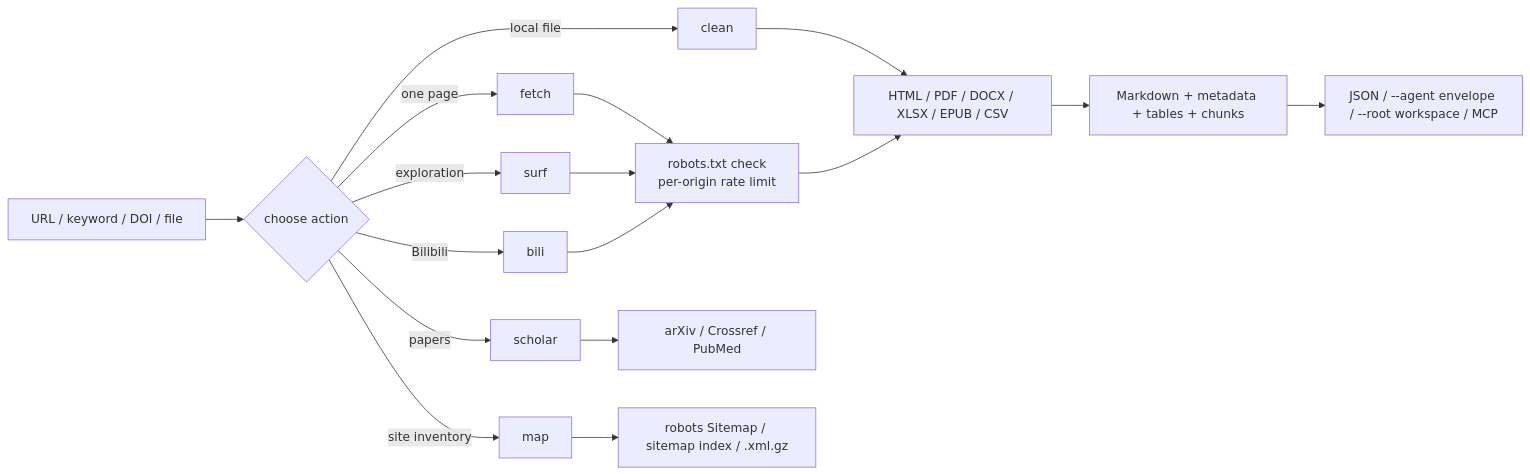
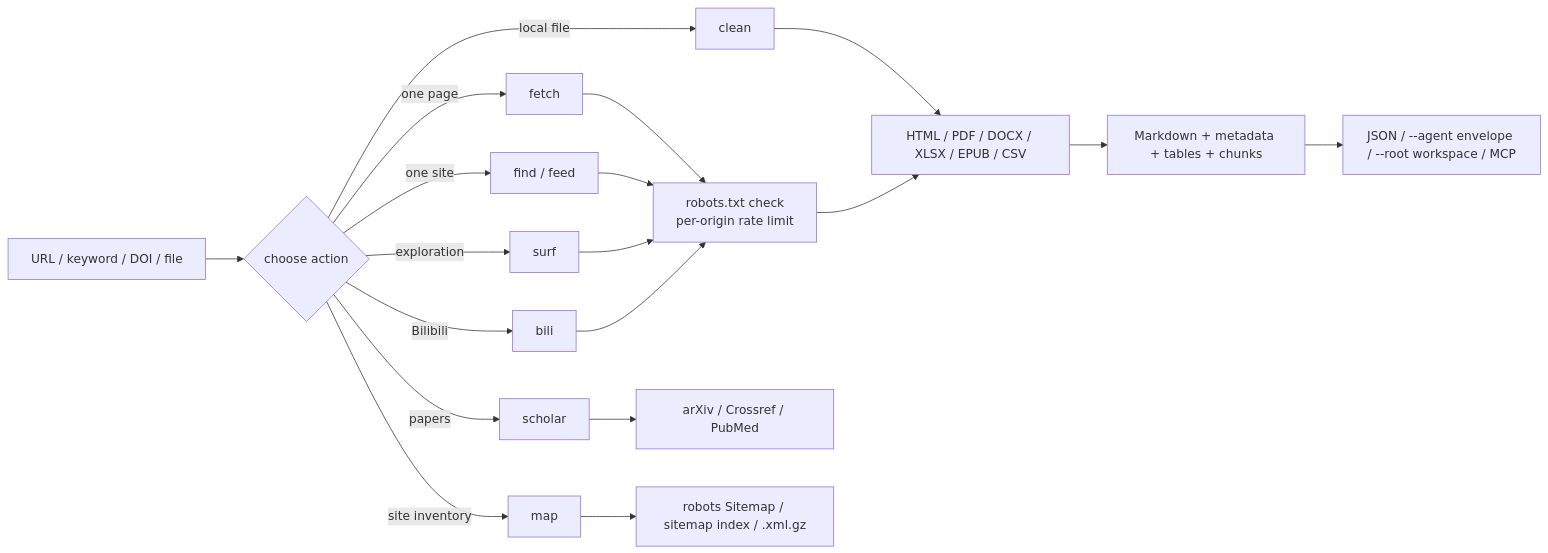
One commit to JiamingShi-JsPhys/web-forager changed the diagram in README.md. Above: the diagram before and after it, drawn with Mermaid. The commit also changed other lines of this file and 28 other files, not shown here.

````diff
--- a/README.md
+++ b/README.md
@@ -45,20 +40,22 @@
 ```mermaid
 flowchart LR
     IN["URL / keyword / DOI / file"] --> SEL{"choose action"}
     SEL -->|one page| F["fetch"]
+    SEL -->|one site| FD["find / feed"]
     SEL -->|local file| C["clean"]
     SEL -->|papers| S["scholar"]
     SEL -->|site inventory| M["map"]
     SEL -->|exploration| W["surf"]
     SEL -->|Bilibili| B["bili"]
 
     F --> HTTP["robots.txt check<br/>per-origin rate limit"]
+    FD --> HTTP
     C --> EXT["HTML / PDF / DOCX / XLSX / EPUB / CSV"]
     S --> API["arXiv / Crossref / PubMed"]
     M --> SM["robots Sitemap / sitemap index / .xml.gz"]
     W --> HTTP
     B --> HTTP
     HTTP --> EXT
     EXT --> MD["Markdown + metadata + tables + chunks"]
     MD --> OUT["JSON / --agent envelope / --root workspace / MCP"]
 ```
````
